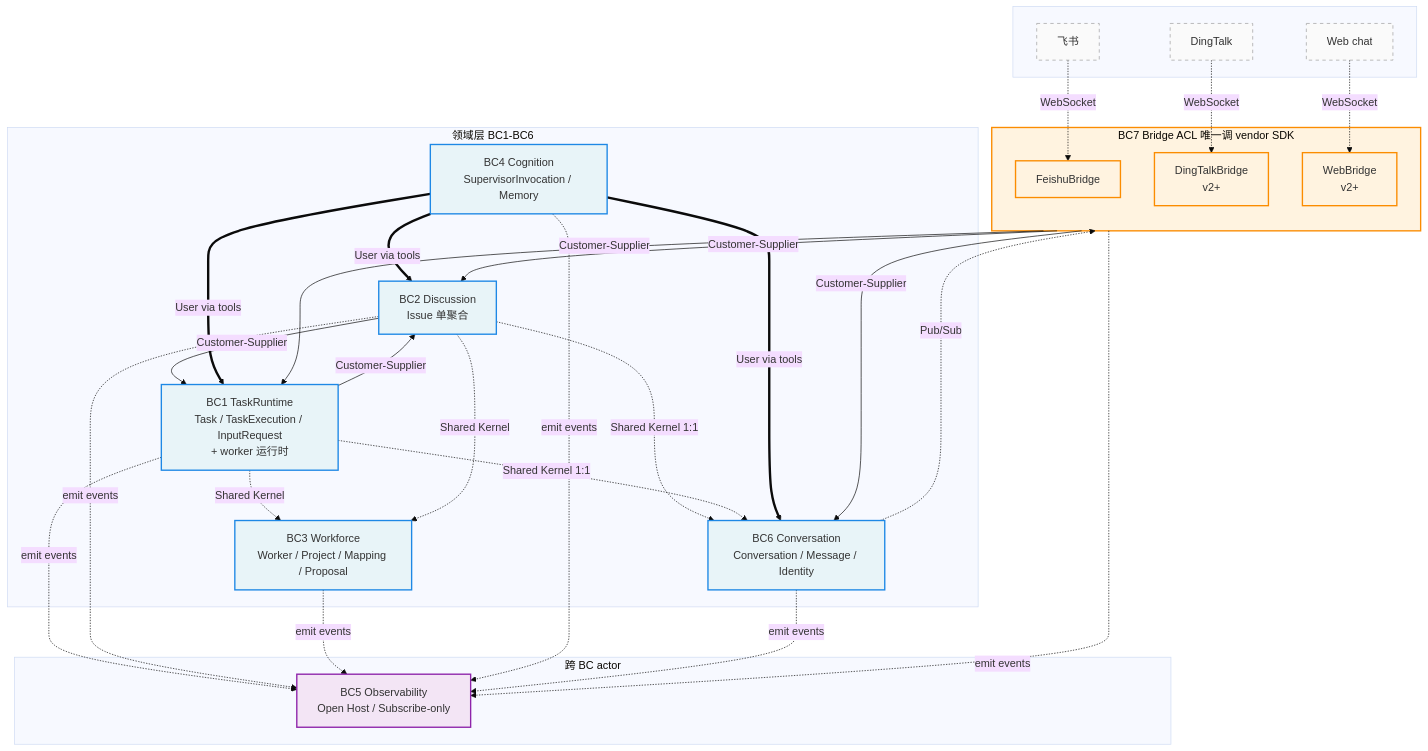
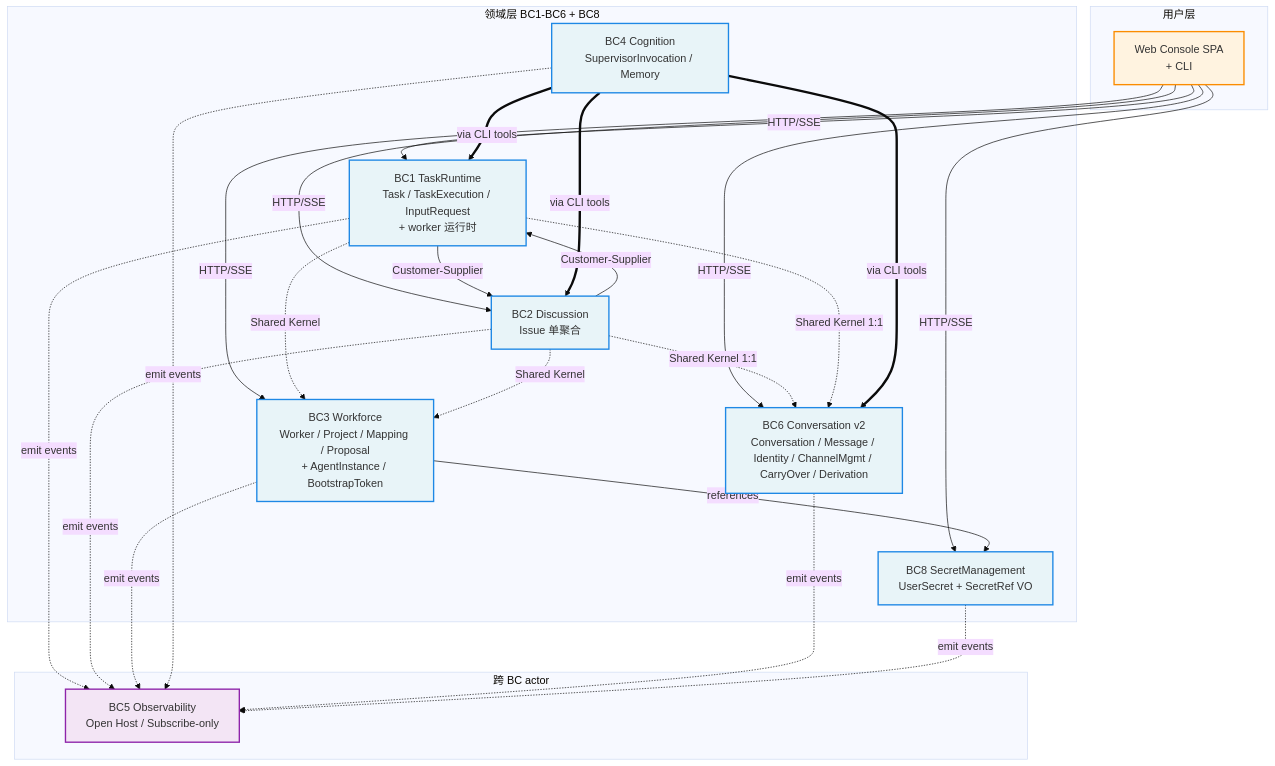
One commit to oopslink/agent-center changed the diagram in docs/index.md. Above: the diagram before and after it, drawn with Mermaid (base theme). The commit also changed other lines of this file and 23 other files, not shown here.

````diff
--- a/docs/index.md
+++ b/docs/index.md
@@ -57,62 +59,51 @@
 ```mermaid
 flowchart TB
-    subgraph Vendor[" "]
-        feishu[飞书]
-        dingtalk[DingTalk]
-        web[Web chat]
+    subgraph User[用户层]
+        WC[Web Console SPA<br/>+ CLI]
     end
 
-    subgraph B[BC7 Bridge ACL 唯一调 vendor SDK]
-        FB[FeishuBridge]
-        DB[DingTalkBridge<br/>v2+]
-        WB[WebBridge<br/>v2+]
+    subgraph Domain[领域层 BC1-BC6 + BC8]
+        BC1[BC1 TaskRuntime<br/>Task / TaskExecution / InputRequest<br/>+ worker 运行时]
+        BC2[BC2 Discussion<br/>Issue 单聚合]
+        BC3[BC3 Workforce<br/>Worker / Project / Mapping / Proposal<br/>+ AgentInstance / BootstrapToken]
+        BC4[BC4 Cognition<br/>SupervisorInvocation / Memory]
+        BC6[BC6 Conversation v2<br/>Conversation / Message / Identity / ChannelMgmt / CarryOver / Derivation]
+        BC8[BC8 SecretManagement<br/>UserSecret + SecretRef VO]
     end
 
-    feishu -. WebSocket .-> FB
-    dingtalk -. WebSocket .-> DB
-    web -. WebSocket .-> WB
-
-    subgraph Domain[领域层 BC1-BC6]
-        BC1[BC1 TaskRuntime<br/>Task / TaskExecution / InputRequest<br/>+ worker 运行时]
-        BC2[BC2 Discussion<br/>Issue 单聚合]
-        BC3[BC3 Workforce<br/>Worker / Project / Mapping / Proposal]
-        BC4[BC4 Cognition<br/>SupervisorInvocation / Memory]
-        BC6[BC6 Conversation<br/>Conversation / Message / Identity]
-    end
+    WC -- HTTP/SSE --> BC1
+    WC -- HTTP/SSE --> BC2
+    WC -- HTTP/SSE --> BC3
+    WC -- HTTP/SSE --> BC6
+    WC -- HTTP/SSE --> BC8
 
     BC2 -.Shared Kernel 1:1.-> BC6
     BC1 -.Shared Kernel 1:1.-> BC6
     BC2 -- Customer-Supplier --> BC1
     BC1 -- Customer-Supplier --> BC2
     BC1 -.Shared Kernel.-> BC3
     BC2 -.Shared Kernel.-> BC3
-
-    B -- Customer-Supplier --> BC2
-    B -- Customer-Supplier --> BC6
-    B -- Customer-Supplier --> BC1
-    BC6 -. Pub/Sub .-> B
+    BC3 -- references --> BC8
 
     subgraph Cross[跨 BC actor]
         BC5[BC5 Observability<br/>Open Host / Subscribe-only]
     end
 
     BC1 -.->|emit events| BC5
     BC2 -.->|emit events| BC5
     BC3 -.->|emit events| BC5
     BC4 -.->|emit events| BC5
     BC6 -.->|emit events| BC5
-    B -.->|emit events| BC5
+    BC8 -.->|emit events| BC5
 
-    BC4 ==>|User via tools| BC1
-    BC4 ==>|User via tools| BC2
-    BC4 ==>|User via tools| BC6
+    BC4 ==>|via CLI tools| BC1
+    BC4 ==>|via CLI tools| BC2
+    BC4 ==>|via CLI tools| BC6
 
     classDef domainBox fill:#e8f4f8,stroke:#1e88e5,stroke-width:2px
-    classDef bridgeBox fill:#fff3e0,stroke:#fb8c00,stroke-width:2px
     classDef obsBox fill:#f3e5f5,stroke:#8e24aa,stroke-width:2px
-    classDef vendorBox fill:#fafafa,stroke:#9e9e9e,stroke-width:1px,stroke-dasharray: 5 5
-    class BC1,BC2,BC3,BC4,BC6 domainBox
-    class FB,DB,WB,B bridgeBox
+    classDef userBox fill:#fff3e0,stroke:#fb8c00,stroke-width:2px
+    class BC1,BC2,BC3,BC4,BC6,BC8 domainBox
     class BC5 obsBox
-    class feishu,dingtalk,web vendorBox
+    class WC userBox
 ```
````
